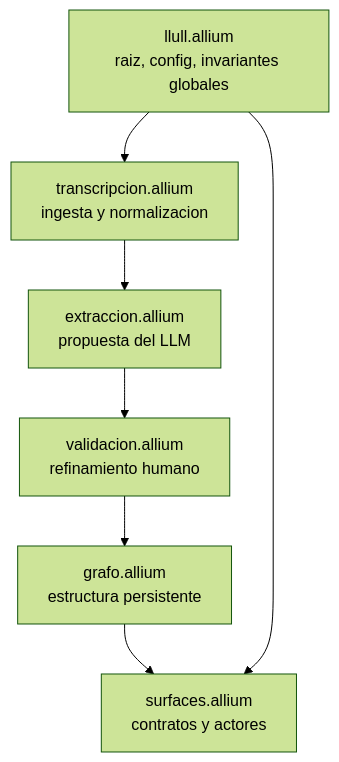
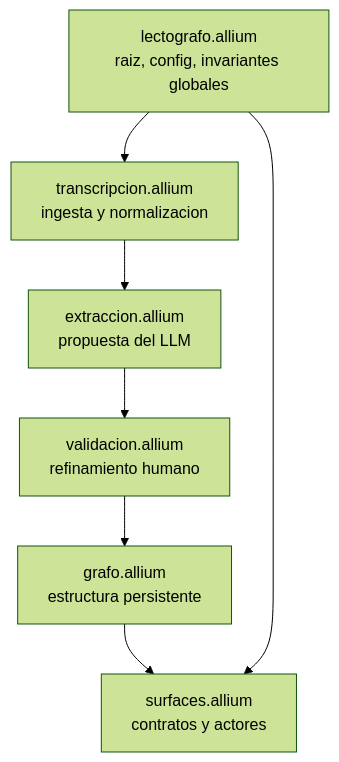
The first of 2 diagrams in specs/README.md (hspencer/lectografo), drawn with Mermaid (forest theme) before and after one commit. The commit also changed other lines of this file and 70 other files, not shown here.

````diff
--- a/specs/README.md
+++ b/specs/README.md
@@ -7,16 +7,16 @@
 ```mermaid
 flowchart TD
-    L[llull.allium<br/>raiz, config, invariantes globales]
+    L[lectografo.allium<br/>raiz, config, invariantes globales]
     T[transcripcion.allium<br/>ingesta y normalizacion]
     E[extraccion.allium<br/>propuesta del LLM]
     V[validacion.allium<br/>refinamiento humano]
     G[grafo.allium<br/>estructura persistente]
     S[surfaces.allium<br/>contratos y actores]
 
     L --> T
     T --> E
     E --> V
     V --> G
     G --> S
     L --> S
 ```
````
